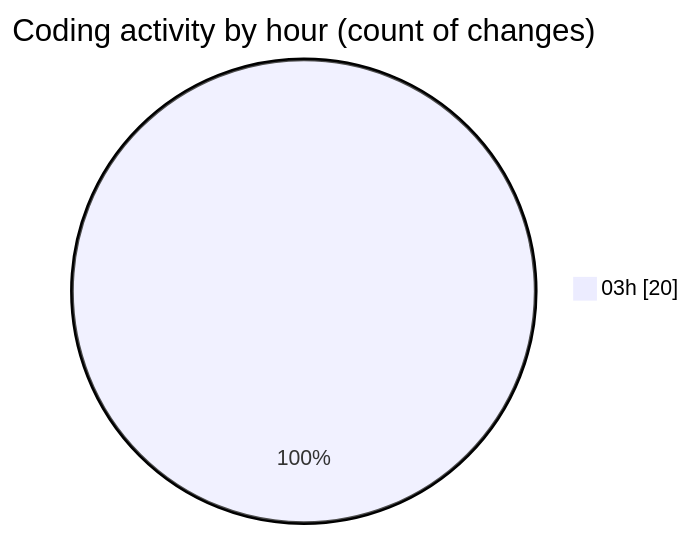
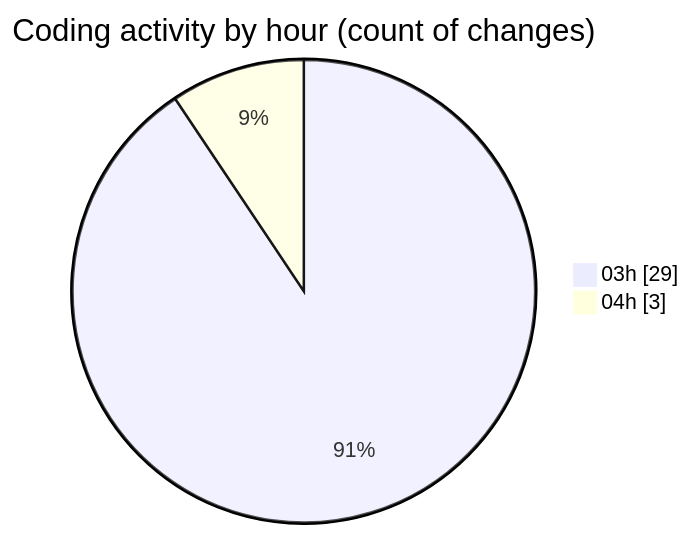
Before and after one commit to lephambinh05/code-tracking: the second of 2 diagrams in 2025-09-07/quytuthien_vn/README.md, drawn with Mermaid. The commit also changed other lines of this file and 1 other file, not shown here.

````diff
--- a/2025-09-07/quytuthien_vn/README.md
+++ b/2025-09-07/quytuthien_vn/README.md
@@ -29,5 +31,6 @@
 ```mermaid
 pie showData
 title Coding activity by hour (count of changes)
-"03h" : 20
+"03h" : 29
+"04h" : 3
 ```
````
